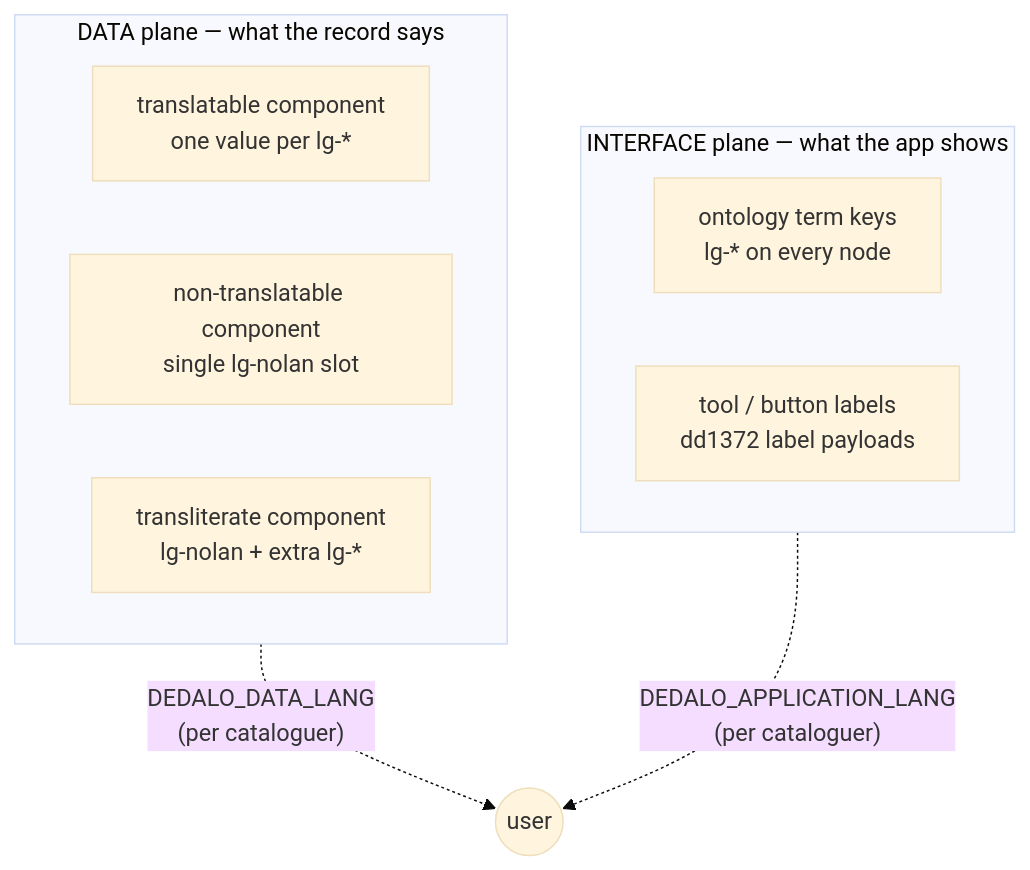
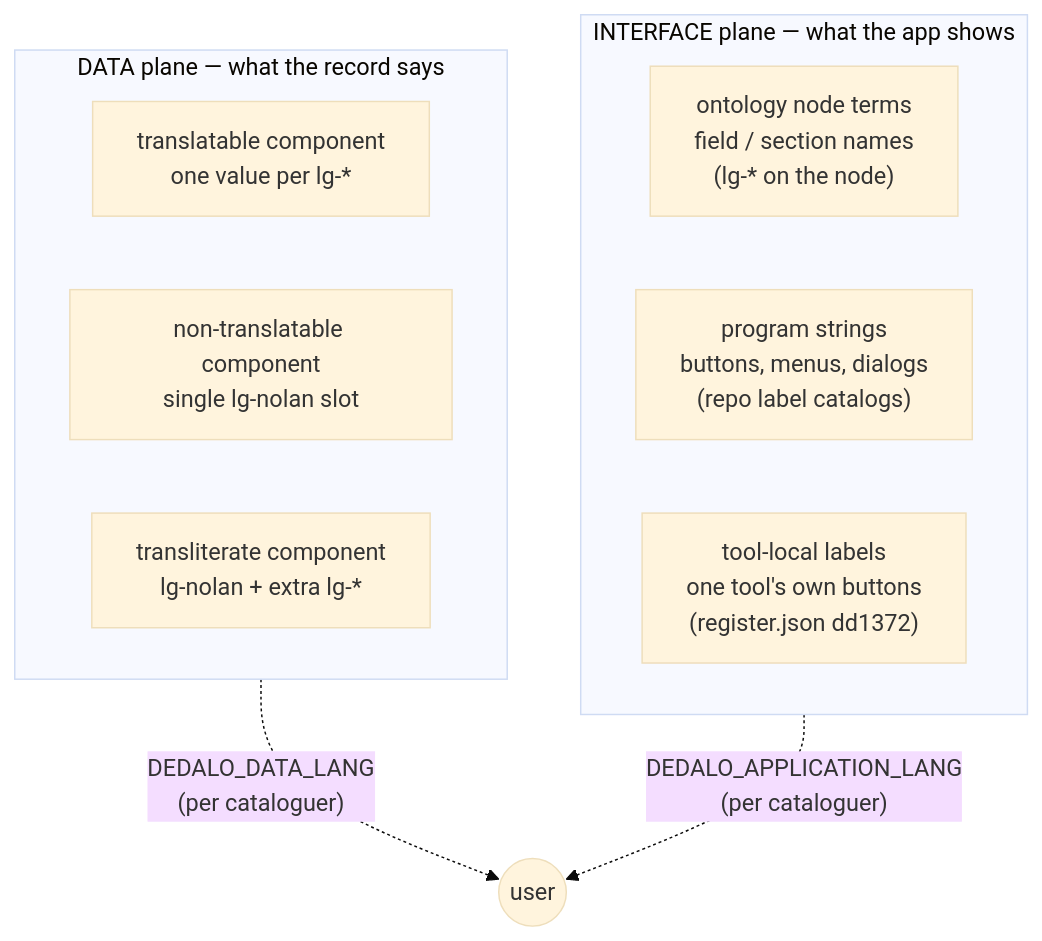
One commit to renderpci/dedalo changed the diagram in docs/development/internationalization.md. Above: the diagram before and after it, drawn with Mermaid (base theme). The commit also changed other lines of this file, not shown here.

First line of the commit message:
docs: update internationalization documentation with three interface label planes

````diff
--- a/docs/development/internationalization.md
+++ b/docs/development/internationalization.md
@@ -9,16 +9,17 @@
 ```mermaid
 flowchart TB
     subgraph DATA["DATA plane — what the record says"]
         direction LR
         D1["translatable component<br/>one value per lg-*"]
         D2["non-translatable component<br/>single lg-nolan slot"]
         D3["transliterate component<br/>lg-nolan + extra lg-*"]
     end
     subgraph IFACE["INTERFACE plane — what the app shows"]
         direction LR
-        I1["ontology term keys<br/>lg-* on every node"]
-        I2["tool / button labels<br/>dd1372 label payloads"]
+        I1["ontology node terms<br/>field / section names<br/>(lg-* on the node)"]
+        I2["program strings<br/>buttons, menus, dialogs<br/>(repo label catalogs)"]
+        I3["tool-local labels<br/>one tool's own buttons<br/>(register.json dd1372)"]
     end
     DATA -.->|"DEDALO_DATA_LANG<br/>(per cataloguer)"| U((user))
     IFACE -.->|"DEDALO_APPLICATION_LANG<br/>(per cataloguer)"| U
 ```
````
